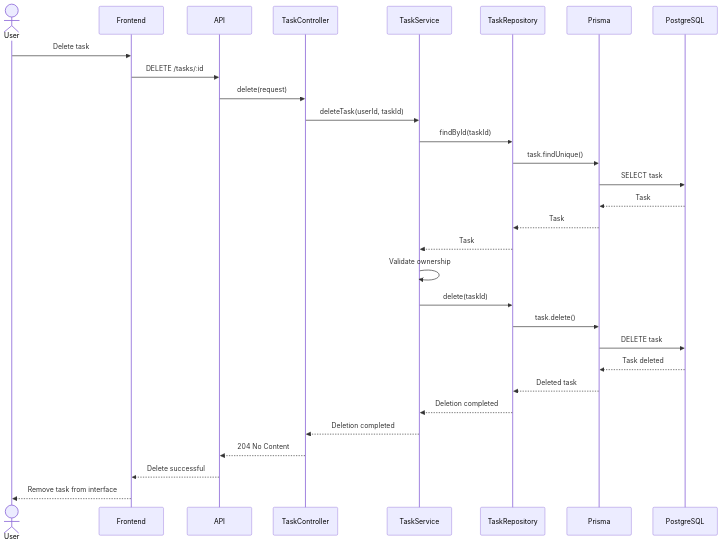
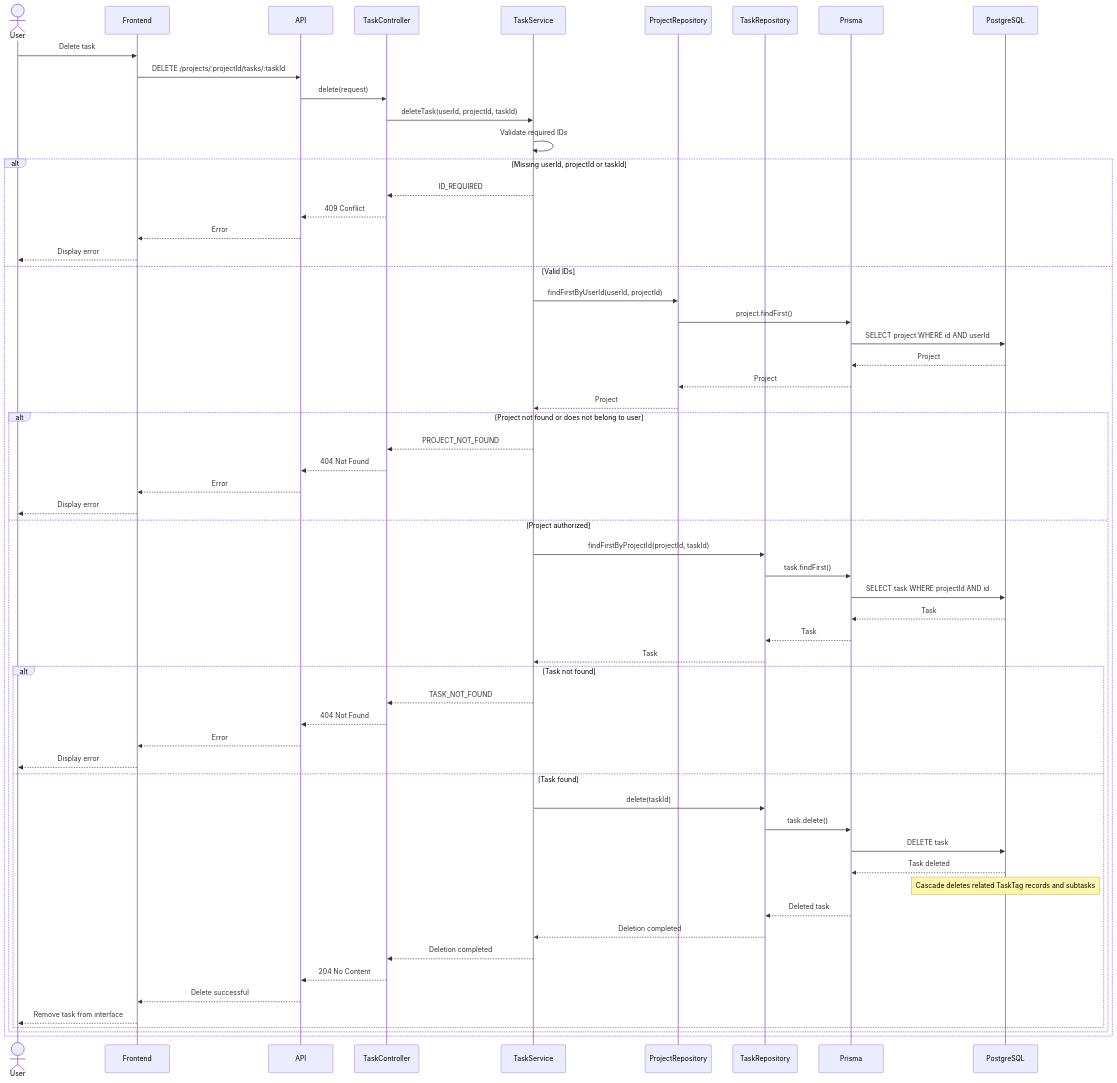
Before and after one commit to davihenriquedev1/prodixus: the diagram in docs/diagrams/sequence-diagrams/task/delete.md, drawn with Mermaid. The commit also changed other lines of this file and 6 other files, not shown here.

Commit message:
feat(task): implement task deletion

````diff
--- a/docs/diagrams/sequence-diagrams/task/delete.md
+++ b/docs/diagrams/sequence-diagrams/task/delete.md
@@ -6,58 +6,90 @@
     actor User
 
     participant Frontend
-
     participant API
-
     participant TaskController
-
     participant TaskService
-
+    participant ProjectRepository
     participant TaskRepository
-
     participant Prisma
-
     participant PostgreSQL
 
     User->>Frontend: Delete task
 
-    Frontend->>API: DELETE /tasks/:id
+    Frontend->>API: DELETE /projects/:projectId/tasks/:taskId
 
     API->>TaskController: delete(request)
 
-    TaskController->>TaskService: deleteTask(userId, taskId)
+    TaskController->>TaskService: deleteTask(userId, projectId, taskId)
 
-    TaskService->>TaskRepository: findById(taskId)
+    TaskService->>TaskService: Validate required IDs
 
-    TaskRepository->>Prisma: task.findUnique()
+    alt Missing userId, projectId or taskId
+        TaskService-->>TaskController: ID_REQUIRED
+        TaskController-->>API: 409 Conflict
+        API-->>Frontend: Error
+        Frontend-->>User: Display error
+    else Valid IDs
 
-    Prisma->>PostgreSQL: SELECT task
+        TaskService->>ProjectRepository: findFirstByUserId(userId, projectId)
 
-    PostgreSQL-->>Prisma: Task
+        ProjectRepository->>Prisma: project.findFirst()
 
-    Prisma-->>TaskRepository: Task
+        Prisma->>PostgreSQL: SELECT project WHERE id AND userId
 
-    TaskRepository-->>TaskService: Task
+        PostgreSQL-->>Prisma: Project
 
-    TaskService->>TaskService: Validate ownership
+        Prisma-->>ProjectRepository: Project
 
-    TaskService->>TaskRepository: delete(taskId)
+        ProjectRepository-->>TaskService: Project
 
-    TaskRepository->>Prisma: task.delete()
+        alt Project not found or does not belong to user
+            TaskService-->>TaskController: PROJECT_NOT_FOUND
+            TaskController-->>API: 404 Not Found
+            API-->>Frontend: Error
+            Frontend-->>User: Display error
+        else Project authorized
 
-    Prisma->>PostgreSQL: DELETE task
+            TaskService->>TaskRepository: findFirstByProjectId(projectId, taskId)
 
-    PostgreSQL-->>Prisma: Task deleted
+            TaskRepository->>Prisma: task.findFirst()
 
-    Prisma-->>TaskRepository: Deleted task
+            Prisma->>PostgreSQL: SELECT task WHERE projectId AND id
 
-    TaskRepository-->>TaskService: Deletion completed
+            PostgreSQL-->>Prisma: Task
 
-    TaskService-->>TaskController: Deletion completed
+            Prisma-->>TaskRepository: Task
 
-    TaskController-->>API: 204 No Content
+            TaskRepository-->>TaskService: Task
 
-    API-->>Frontend: Delete successful
+            alt Task not found
+                TaskService-->>TaskController: TASK_NOT_FOUND
+                TaskController-->>API: 404 Not Found
+                API-->>Frontend: Error
+                Frontend-->>User: Display error
+            else Task found
 
-    Frontend-->>User: Remove task from interface
+                TaskService->>TaskRepository: delete(taskId)
+
+                TaskRepository->>Prisma: task.delete()
+
+                Prisma->>PostgreSQL: DELETE task
+
+                PostgreSQL-->>Prisma: Task deleted
+                Note over PostgreSQL: Cascade deletes related TaskTag records and subtasks
+
+                Prisma-->>TaskRepository: Deleted task
+
+                TaskRepository-->>TaskService: Deletion completed
+
+                TaskService-->>TaskController: Deletion completed
+
+                TaskController-->>API: 204 No Content
+
+                API-->>Frontend: Delete successful
+
+                Frontend-->>User: Remove task from interface
+            end
+        end
+    end
 ```
````
